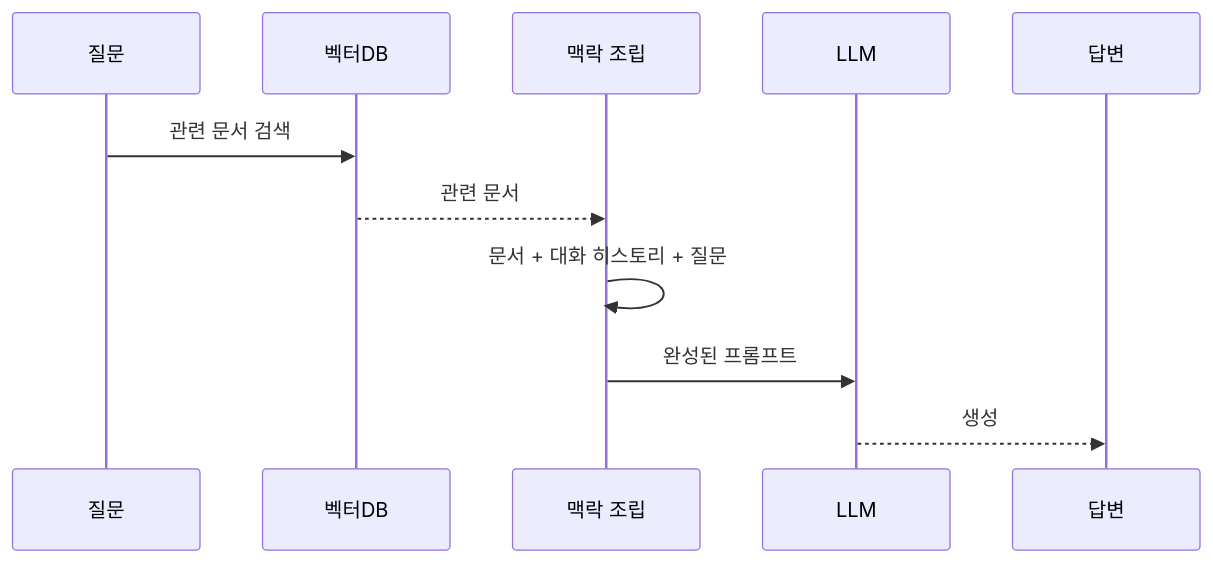
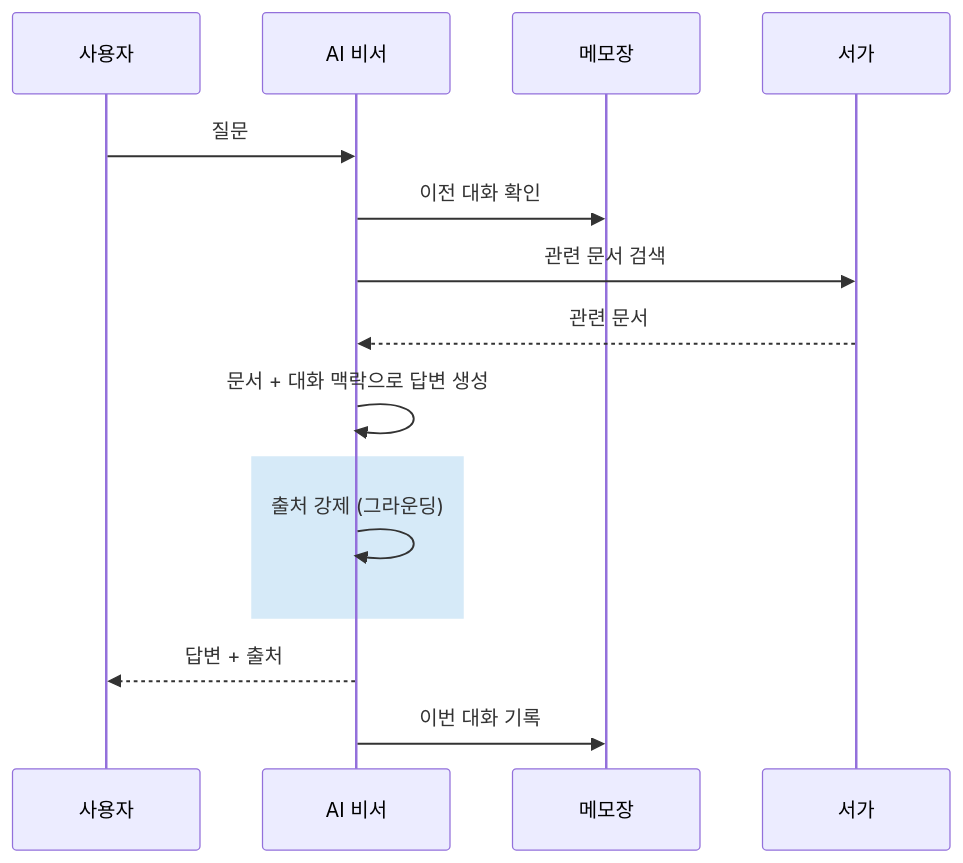
Before and after one commit to edu-openskill/lecture-book-workflow: the third of 4 diagrams in projects/사내AI비서_v2/chapters/05-드디어-답해준다.md, drawn with Mermaid. The commit also changed other lines of this file, not shown here.

First line of the commit message:
fix: CH05 다이어그램 — 전체 흐름 통일 + 해당 섹션만 파란색

````diff
--- a/projects/사내AI비서_v2/chapters/05-드디어-답해준다.md
+++ b/projects/사내AI비서_v2/chapters/05-드디어-답해준다.md
@@ -344,8 +437,13 @@
 ```mermaid
 sequenceDiagram
-    질문->>벡터DB: 관련 문서 검색
-    벡터DB-->>맥락 조립: 관련 문서
-    맥락 조립->>맥락 조립: 문서 + 대화 히스토리 + 질문
-    맥락 조립->>LLM: 완성된 프롬프트
-    LLM-->>답변: 생성
+    사용자->>AI 비서: 질문
+    AI 비서->>메모장: 이전 대화 확인
+    AI 비서->>서가: 관련 문서 검색
+    서가-->>AI 비서: 관련 문서
+    AI 비서->>AI 비서: 문서 + 대화 맥락으로 답변 생성
+    rect rgb(214, 234, 248)
+        AI 비서->>AI 비서: 출처 강제 (그라운딩)
+    end
+    AI 비서-->>사용자: 답변 + 출처
+    AI 비서->>메모장: 이번 대화 기록
 ```
````
